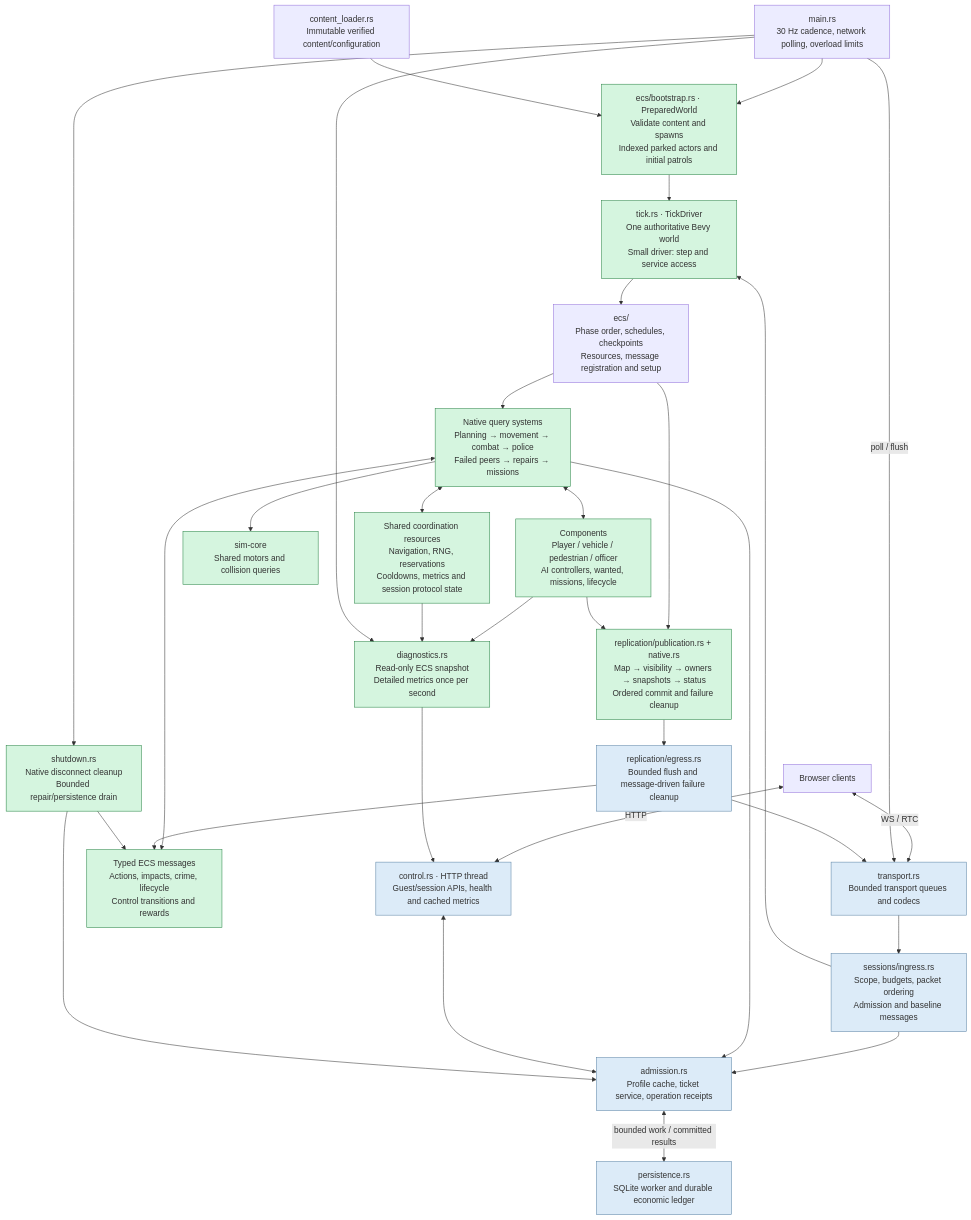
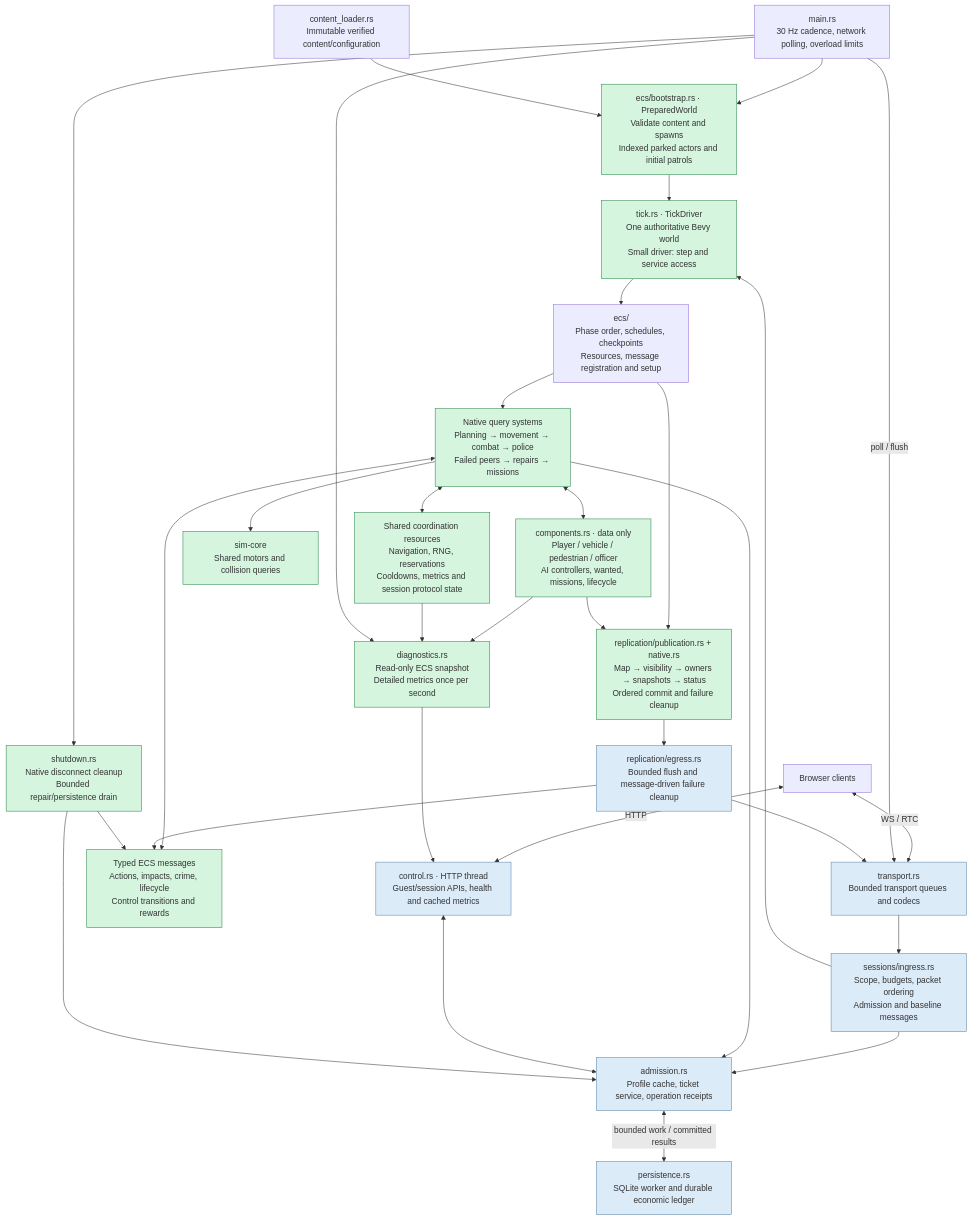
One commit to harveynw/browser-sandbox-game changed the diagram in docs/diagrams/backend.mmd. Above: the diagram before and after it, drawn with Mermaid. The commit also changed 69 other files, not shown here.

```diff
--- a/docs/diagrams/backend.mmd
+++ b/docs/diagrams/backend.mmd
@@ -1,38 +1,38 @@
 %% Current backend architecture after the native ECS migration.
 flowchart TD
   Main["main.rs<br/>30 Hz cadence, network polling, overload limits"]
   Startup["ecs/bootstrap.rs · PreparedWorld<br/>Validate content and spawns<br/>Indexed parked actors and initial patrols"]
   Driver["tick.rs · TickDriver<br/>One authoritative Bevy world<br/>Small driver: step and service access"]
   Main --> Startup --> Driver
   Driver --> ECS["ecs/<br/>Phase order, schedules, checkpoints<br/>Resources, message registration and setup"]
   Content["content_loader.rs<br/>Immutable verified content/configuration"] --> Startup
   Browser["Browser clients"] <-->|WS / RTC| Network["transport.rs<br/>Bounded transport queues and codecs"]
   Main -->|poll / flush| Network
   Network --> Ingress["sessions/ingress.rs<br/>Scope, budgets, packet ordering<br/>Admission and baseline messages"]
   Ingress --> Driver
   ECS --> Gameplay["Native query systems<br/>Planning → movement → combat → police<br/>Failed peers → repairs → missions"]
-  Gameplay <--> Actors["Components<br/>Player / vehicle / pedestrian / officer<br/>AI controllers, wanted, missions, lifecycle"]
+  Gameplay <--> Actors["components.rs · data only<br/>Player / vehicle / pedestrian / officer<br/>AI controllers, wanted, missions, lifecycle"]
   Gameplay <--> Messages["Typed ECS messages<br/>Actions, impacts, crime, lifecycle<br/>Control transitions and rewards"]
   Gameplay <--> Resources["Shared coordination resources<br/>Navigation, RNG, reservations<br/>Cooldowns, metrics and session protocol state"]
   Gameplay --> Collision["sim-core<br/>Shared motors and collision queries"]
   ECS --> Publish["replication/publication.rs + native.rs<br/>Map → visibility → owners → snapshots → status<br/>Ordered commit and failure cleanup"]
   Actors --> Publish
   Publish --> Egress["replication/egress.rs<br/>Bounded flush and message-driven failure cleanup"]
   Egress --> Network
   Egress --> Messages
   Profiles["admission.rs<br/>Profile cache, ticket service, operation receipts"] <-->|bounded work / committed results| Storage["persistence.rs<br/>SQLite worker and durable economic ledger"]
   Ingress --> Profiles
   Gameplay --> Profiles
   HTTP["control.rs · HTTP thread<br/>Guest/session APIs, health and cached metrics"] <--> Profiles
   Browser <-->|HTTP| HTTP
   Diagnostics["diagnostics.rs<br/>Read-only ECS snapshot<br/>Detailed metrics once per second"] --> HTTP
   Actors --> Diagnostics
   Resources --> Diagnostics
   Main --> Diagnostics
   Main --> Shutdown["shutdown.rs<br/>Native disconnect cleanup<br/>Bounded repair/persistence drain"]
   Shutdown --> Messages
   Shutdown --> Profiles
   classDef sim fill:#d5f5df,stroke:#278344
   classDef io fill:#dcebf8,stroke:#5b83a5
   class Startup,Driver,Gameplay,Actors,Messages,Resources,Collision,Publish,Diagnostics,Shutdown sim
   class Network,Ingress,Egress,Profiles,Storage,HTTP io
```
